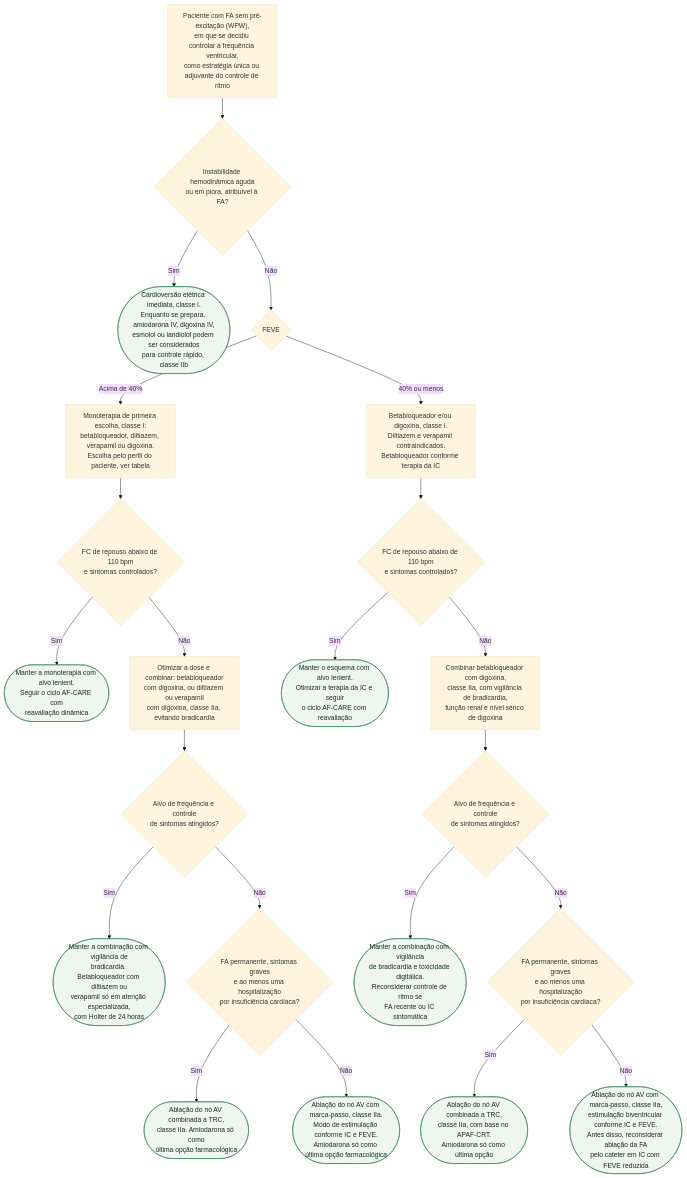
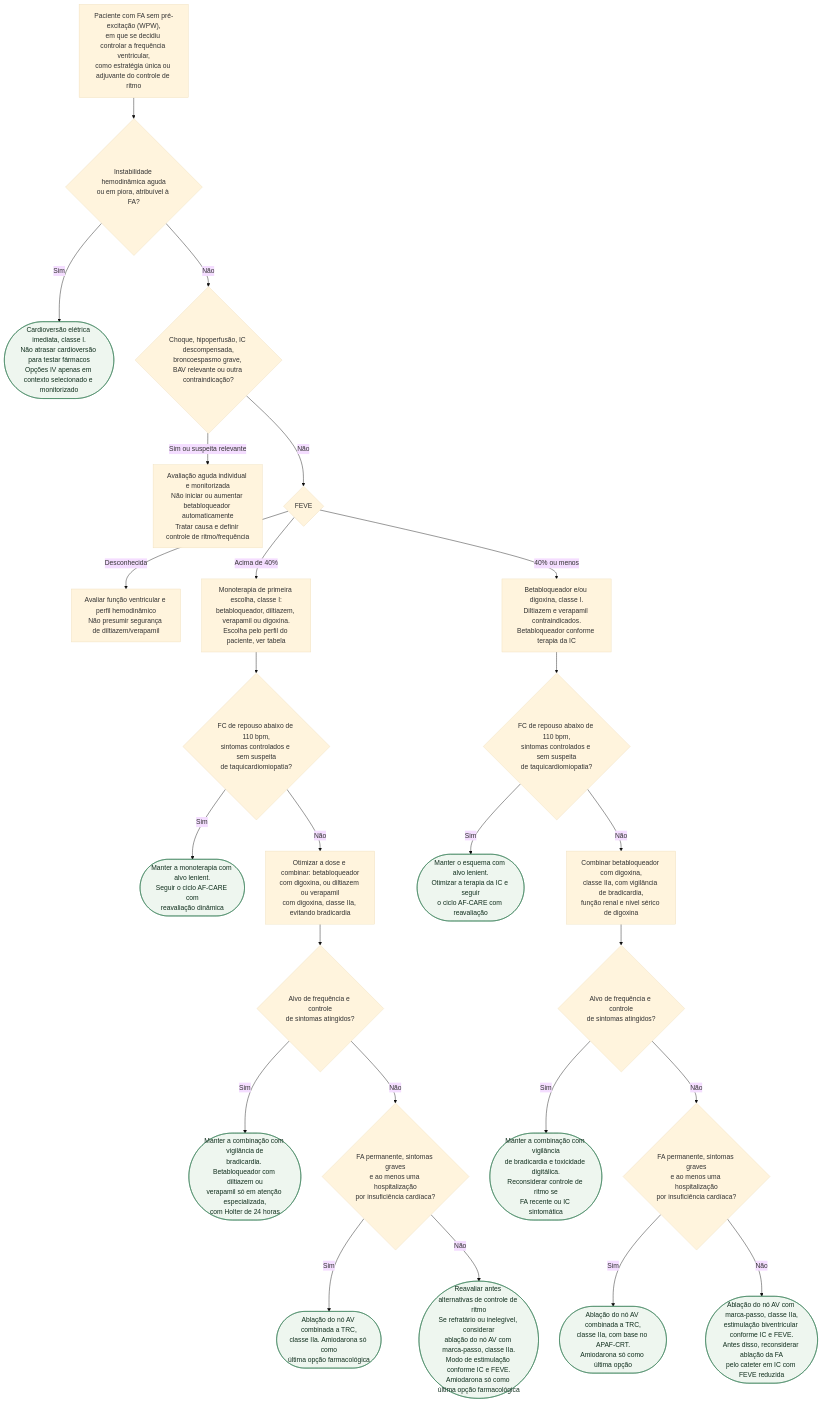
One commit to rafaelpaesmeirelles/MeuCardio changed the diagram in content/Fibrilação_atrial/fluxograma-controle-de-frequencia-na-fa-escolha-da-droga-por-feve-e-alvo-esc-2024.md. Above: the diagram before and after it, drawn with Mermaid (base theme). The commit also changed other lines of this file and 4 other files, not shown here.

````diff
--- a/content/Fibrilação_atrial/fluxograma-controle-de-frequencia-na-fa-escolha-da-droga-por-feve-e-alvo-esc-2024.md
+++ b/content/Fibrilação_atrial/fluxograma-controle-de-frequencia-na-fa-escolha-da-droga-por-feve-e-alvo-esc-2024.md
@@ -22,31 +22,34 @@
 ```mermaid
 flowchart TD
   R0["Paciente com FA sem pré-excitação (WPW),<br/>em que se decidiu controlar a frequência ventricular,<br/>como estratégia única ou adjuvante do controle de ritmo"] --> D1{"Instabilidade hemodinâmica aguda<br/>ou em piora, atribuível à FA?"}
 
-  D1 -->|"Sim"| C1(["Cardioversão elétrica imediata, classe I.<br/>Enquanto se prepara, amiodarona IV, digoxina IV,<br/>esmolol ou landiolol podem ser considerados<br/>para controle rápido, classe IIb"])
+  D1 -->|"Sim"| C1(["Cardioversão elétrica imediata, classe I.<br/>Não atrasar cardioversão para testar fármacos<br/>Opções IV apenas em contexto selecionado e monitorizado"])
 
-  D1 -->|"Não"| D2{"FEVE"}
+  D1 -->|"Não"| AC{"Choque, hipoperfusão, IC descompensada,<br/>broncoespasmo grave, BAV relevante ou outra contraindicação?"}
+  AC -->|Sim ou suspeita relevante| IND["Avaliação aguda individual e monitorizada<br/>Não iniciar ou aumentar betabloqueador automaticamente<br/>Tratar causa e definir controle de ritmo/frequência"]
+  AC -->|Não| D2{"FEVE"}
+  D2 -->|Desconhecida| EF["Avaliar função ventricular e perfil hemodinâmico<br/>Não presumir segurança de diltiazem/verapamil"]
 
   D2 -->|"Acima de 40%"| P1["Monoterapia de primeira escolha, classe I:<br/>betabloqueador, diltiazem, verapamil ou digoxina.<br/>Escolha pelo perfil do paciente, ver tabela"]
-  P1 --> D3{"FC de repouso abaixo de 110 bpm<br/>e sintomas controlados?"}
+  P1 --> D3{"FC de repouso abaixo de 110 bpm,<br/>sintomas controlados e sem suspeita<br/>de taquicardiomiopatia?"}
   D3 -->|"Sim"| C2(["Manter a monoterapia com alvo lenient.<br/>Seguir o ciclo AF-CARE com<br/>reavaliação dinâmica"])
   D3 -->|"Não"| P2["Otimizar a dose e combinar: betabloqueador<br/>com digoxina, ou diltiazem ou verapamil<br/>com digoxina, classe IIa, evitando bradicardia"]
   P2 --> D4{"Alvo de frequência e controle<br/>de sintomas atingidos?"}
   D4 -->|"Sim"| C3(["Manter a combinação com vigilância de<br/>bradicardia. Betabloqueador com diltiazem ou<br/>verapamil só em atenção especializada,<br/>com Holter de 24 horas"])
   D4 -->|"Não"| D8{"FA permanente, sintomas graves<br/>e ao menos uma hospitalização<br/>por insuficiência cardíaca?"}
   D8 -->|"Sim"| C4(["Ablação do nó AV combinada a TRC,<br/>classe IIa. Amiodarona só como<br/>última opção farmacológica"])
-  D8 -->|"Não"| C9(["Ablação do nó AV com marca-passo, classe IIa.<br/>Modo de estimulação conforme IC e FEVE.<br/>Amiodarona só como última opção farmacológica"])
+  D8 -->|"Não"| C9(["Reavaliar antes alternativas de controle de ritmo<br/>Se refratário ou inelegível, considerar<br/>ablação do nó AV com marca-passo, classe IIa.<br/>Modo de estimulação conforme IC e FEVE.<br/>Amiodarona só como última opção farmacológica"])
 
   D2 -->|"40% ou menos"| P3["Betabloqueador e/ou digoxina, classe I.<br/>Diltiazem e verapamil contraindicados.<br/>Betabloqueador conforme terapia da IC"]
-  P3 --> D5{"FC de repouso abaixo de 110 bpm<br/>e sintomas controlados?"}
+  P3 --> D5{"FC de repouso abaixo de 110 bpm,<br/>sintomas controlados e sem suspeita<br/>de taquicardiomiopatia?"}
   D5 -->|"Sim"| C5(["Manter o esquema com alvo lenient.<br/>Otimizar a terapia da IC e seguir<br/>o ciclo AF-CARE com reavaliação"])
   D5 -->|"Não"| P4["Combinar betabloqueador com digoxina,<br/>classe IIa, com vigilância de bradicardia,<br/>função renal e nível sérico de digoxina"]
   P4 --> D7{"Alvo de frequência e controle<br/>de sintomas atingidos?"}
   D7 -->|"Sim"| C7(["Manter a combinação com vigilância<br/>de bradicardia e toxicidade digitálica.<br/>Reconsiderar controle de ritmo se<br/>FA recente ou IC sintomática"])
   D7 -->|"Não"| D6{"FA permanente, sintomas graves<br/>e ao menos uma hospitalização<br/>por insuficiência cardíaca?"}
   D6 -->|"Sim"| C6(["Ablação do nó AV combinada a TRC,<br/>classe IIa, com base no APAF-CRT.<br/>Amiodarona só como última opção"])
   D6 -->|"Não"| C8(["Ablação do nó AV com marca-passo, classe IIa,<br/>estimulação biventricular conforme IC e FEVE.<br/>Antes disso, reconsiderar ablação da FA<br/>pelo cateter em IC com FEVE reduzida"])
 
   classDef conduta fill:#eef6ef,stroke:#2f7a4f,color:#12301f;
   class C1,C2,C3,C4,C5,C6,C7,C8,C9 conduta;
 ```
````
